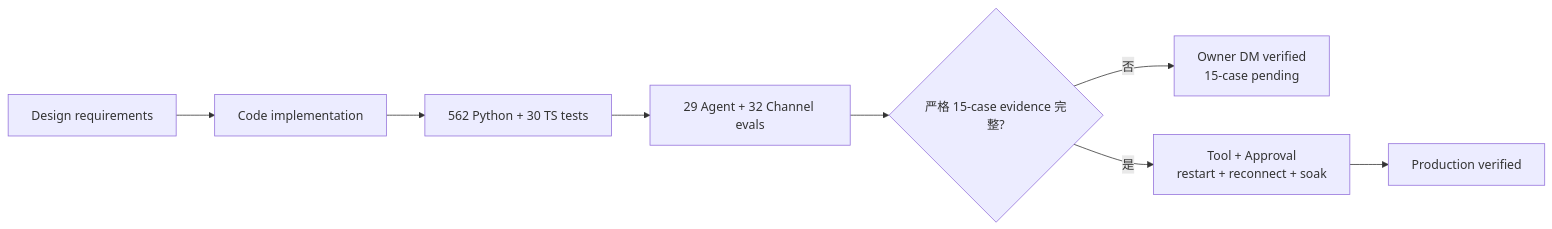
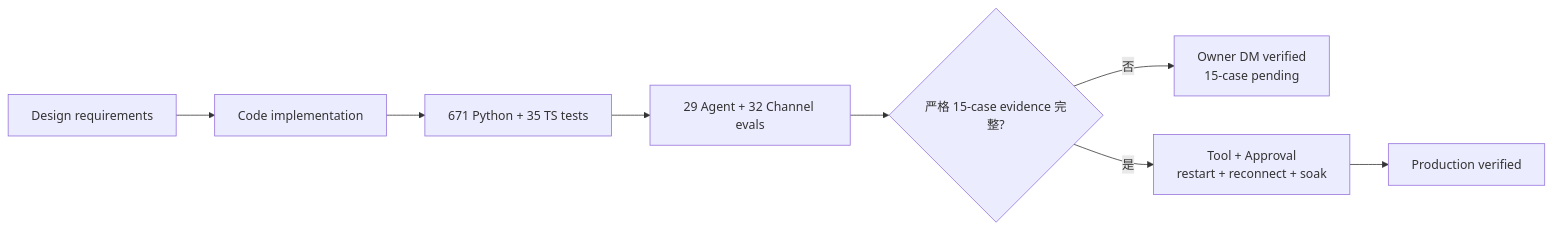
The first of 2 diagrams in docs/engineering/phase-4/20260808_completion-audit.md (NEDONION/lobster0), drawn with Mermaid before and after one commit. The commit also changed other lines of this file and 36 other files, not shown here.

````diff
--- a/docs/engineering/phase-4/20260808_completion-audit.md
+++ b/docs/engineering/phase-4/20260808_completion-audit.md
@@ -17,10 +17,10 @@
 ```mermaid
 flowchart LR
     D["Design requirements"] --> C["Code implementation"]
-    C --> U["562 Python + 30 TS tests"]
+    C --> U["671 Python + 35 TS tests"]
     U --> E["29 Agent + 32 Channel evals"]
     E --> L{"严格 15-case evidence 完整?"}
     L -->|"否"| P["Owner DM verified\n15-case pending"]
     L -->|"是"| R["Tool + Approval\nrestart + reconnect + soak"]
     R --> X["Production verified"]
 ```
````
